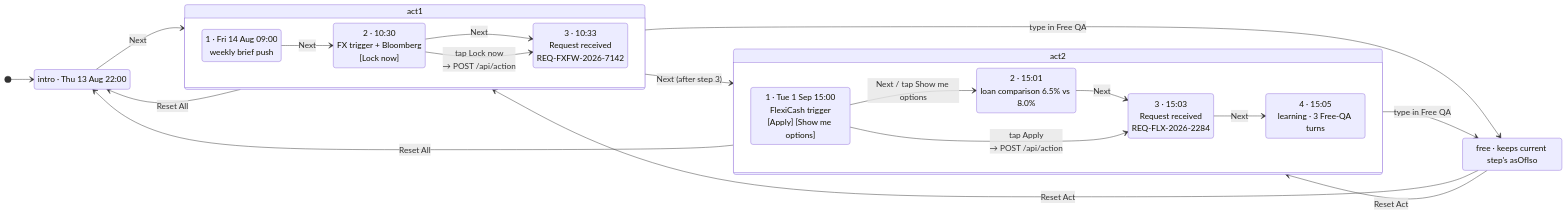
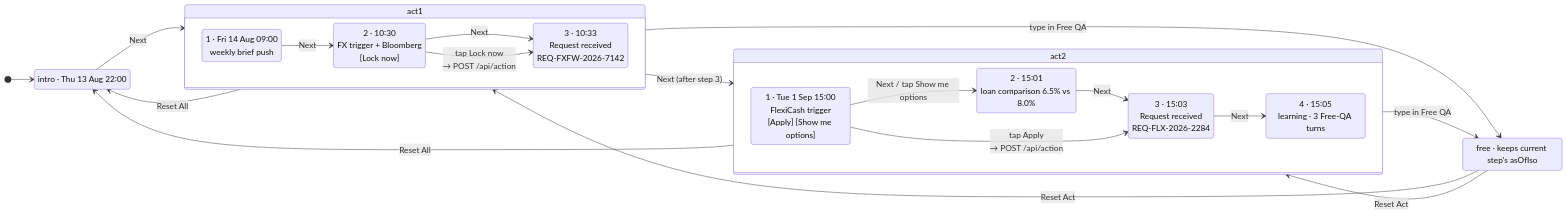
The third of 4 diagrams in docs/01-code-map-and-integration-seams.md (ipark399/hanisa-ai), drawn with Mermaid before and after one commit. The commit also changed other lines of this file and 1 other file, not shown here.

First line of the commit message:
docs(01): make the sequence and state diagrams parse on Mermaid 10

````diff
--- a/docs/01-code-map-and-integration-seams.md
+++ b/docs/01-code-map-and-integration-seams.md
@@ -454,36 +454,36 @@
 ```mermaid
 %%{init: {"themeVariables": {"fontSize": "18px"}}}%%
 stateDiagram-v2
   direction LR
   [*] --> intro
-  state "intro · Thu 13 Aug 22:00" as intro
+  state "intro · Thu 13 Aug 22∶00" as intro
   state "act1" as act1 {
     direction LR
-    a1s1: 1 · Fri 14 Aug 09:00<br/>weekly brief push
-    a1s2: 2 · 10:30<br/>FX trigger + Bloomberg<br/>[Lock now]
-    a1s3: 3 · 10:33<br/>Request received<br/>REQ-FXFW-2026-7142
+    a1s1: 1 · Fri 14 Aug 09∶00<br/>weekly brief push
+    a1s2: 2 · 10∶30<br/>FX trigger + Bloomberg<br/>[Lock now]
+    a1s3: 3 · 10∶33<br/>Request received<br/>REQ-FXFW-2026-7142
     a1s1 --> a1s2: Next
     a1s2 --> a1s3: Next
     a1s2 --> a1s3: tap Lock now<br/>→ POST /api/action
   }
   state "act2" as act2 {
     direction LR
-    a2s1: 1 · Tue 1 Sep 15:00<br/>FlexiCash trigger<br/>[Apply] [Show me options]
-    a2s2: 2 · 15:01<br/>loan comparison 6.5% vs 8.0%
-    a2s3: 3 · 15:03<br/>Request received<br/>REQ-FLX-2026-2284
-    a2s4: 4 · 15:05<br/>learning · 3 Free-QA turns
+    a2s1: 1 · Tue 1 Sep 15∶00<br/>FlexiCash trigger<br/>[Apply] [Show me options]
+    a2s2: 2 · 15∶01<br/>loan comparison 6.5% vs 8.0%
+    a2s3: 3 · 15∶03<br/>Request received<br/>REQ-FLX-2026-2284
+    a2s4: 4 · 15∶05<br/>learning · 3 Free-QA turns
     a2s1 --> a2s2: Next / tap Show me options
     a2s2 --> a2s3: Next
     a2s1 --> a2s3: tap Apply<br/>→ POST /api/action
     a2s3 --> a2s4: Next
   }
   intro --> act1: Next
   act1 --> act2: Next (after step 3)
   act1 --> free: type in Free QA
   act2 --> free: type in Free QA
   state "free · keeps current step's asOfIso" as free
   free --> act1: Reset Act
   free --> act2: Reset Act
   act2 --> intro: Reset All
   act1 --> intro: Reset All
 ```
````
